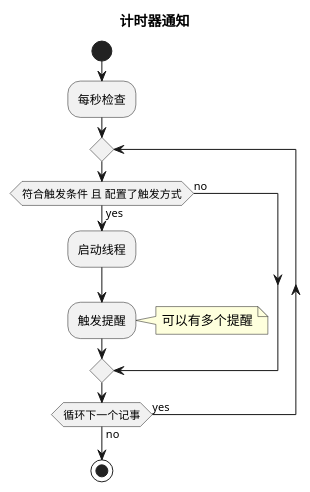
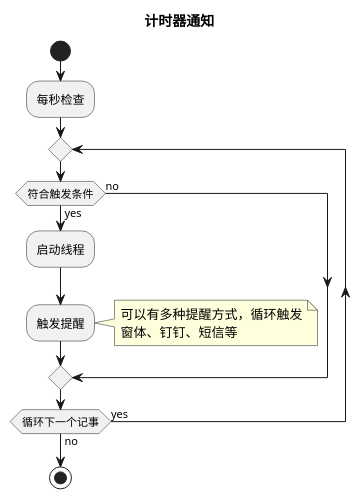
One commit to youbl/products changed the second of 4 diagrams in RemindClock/README.md. Above: the diagram before and after it, drawn with PlantUML. The commit also changed other lines of this file, not shown here.

Commit message:
提醒时间工具：流程图和模型图调整，未完成

````diff
--- a/RemindClock/README.md
+++ b/RemindClock/README.md
@@ -70,18 +70,19 @@
 ```plantuml
 @startuml
 title 计时器通知
 start
 :每秒检查;
 repeat
-  if(符合触发条件 且 配置了触发方式)then(yes)
+  if(符合触发条件)then(yes)
   	:启动线程;
     :触发提醒;
     note right
-    可以有多个提醒
+    可以有多种提醒方式，循环触发
+    窗体、钉钉、短信等
     end note
   else(no)
   endif
 repeat while(循环下一个记事) is (yes) not (no)
 stop
 @enduml
 ```
````
